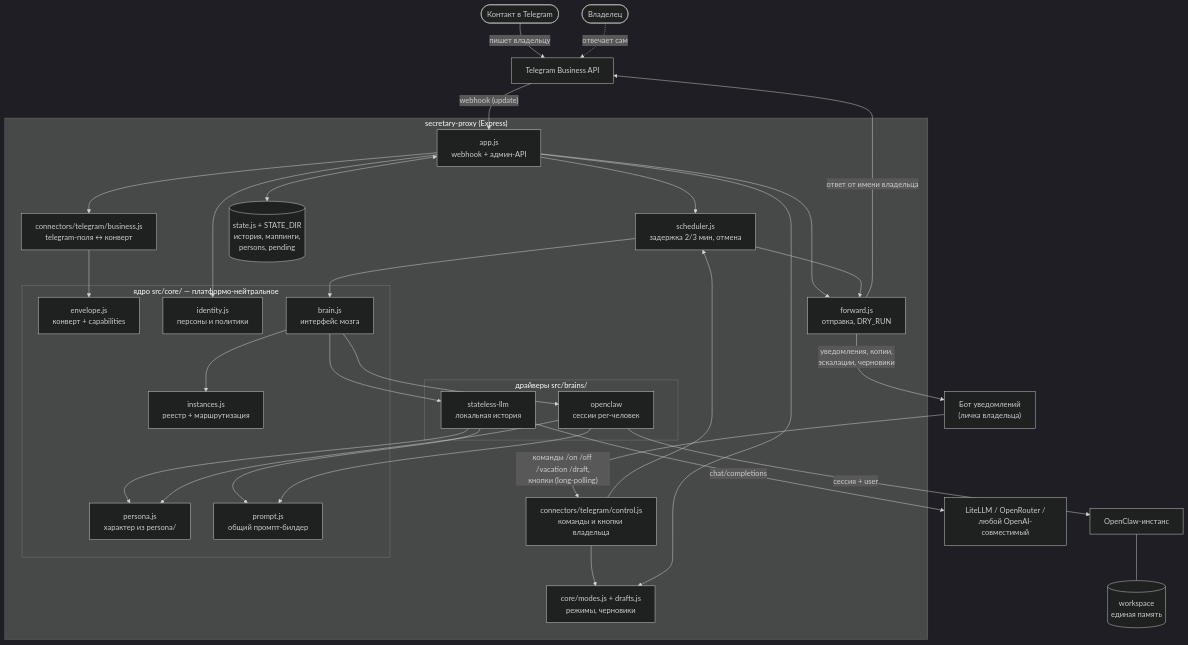
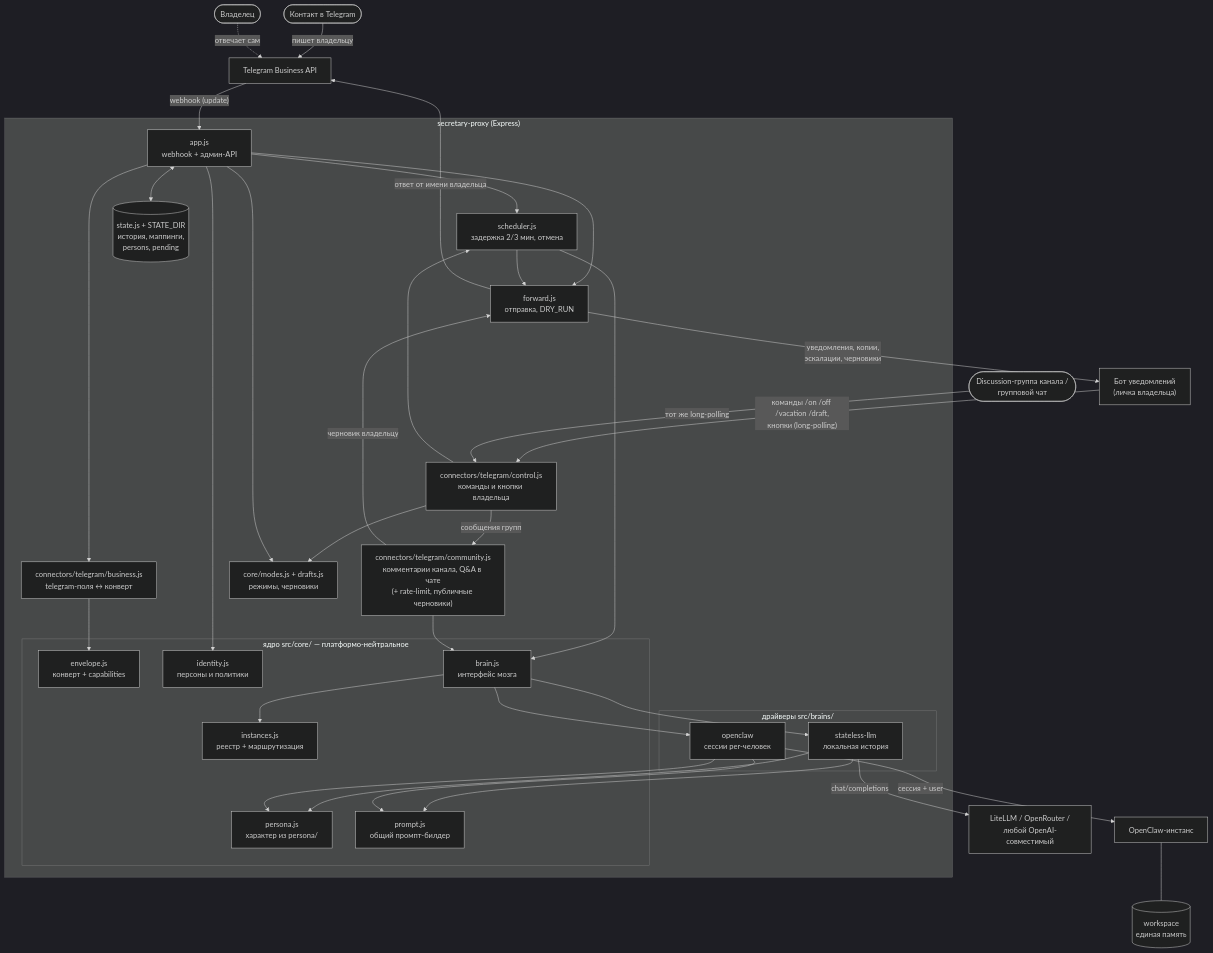
Before and after one commit to Rivega42/telegram-secretary: the first of 3 diagrams in docs/architecture.md, drawn with Mermaid (dark theme). The commit also changed 11 other files, not shown here.

First line of the commit message:
feat: этап 3 (частично) — комментарии канала и Q&A в групповом чате

````diff
--- a/docs/architecture.md
+++ b/docs/architecture.md
@@ -19,50 +19,55 @@
 ```mermaid
 flowchart TB
     CLIENT(["Контакт в Telegram"]) -->|пишет владельцу| TGAPI["Telegram Business API"]
     OWNER(["Владелец"]) -.->|отвечает сам| TGAPI
     TGAPI -->|"webhook (update)"| APP
 
     subgraph PROXY["secretary-proxy (Express)"]
         APP["app.js<br>webhook + админ-API"]
         CONN["connectors/telegram/business.js<br>telegram-поля ↔ конверт"]
         SCHED["scheduler.js<br>задержка 2/3 мин, отмена"]
 
         subgraph CORE["ядро src/core/ — платформо-нейтральное"]
             ENV["envelope.js<br>конверт + capabilities"]
             IDENT["identity.js<br>персоны и политики"]
             PERS["persona.js<br>характер из persona/"]
             BRAIN["brain.js<br>интерфейс мозга"]
             INST["instances.js<br>реестр + маршрутизация"]
             PROMPT["prompt.js<br>общий промпт-билдер"]
         end
 
         subgraph BRAINS["драйверы src/brains/"]
             SLLM["stateless-llm<br>локальная история"]
             OCLAW["openclaw<br>сессии per-человек"]
         end
 
         CTRL["connectors/telegram/control.js<br>команды и кнопки владельца"]
+        COMM["connectors/telegram/community.js<br>комментарии канала, Q&A в чате<br>(+ rate-limit, публичные черновики)"]
         MODES["core/modes.js + drafts.js<br>режимы, черновики"]
         FWD["forward.js<br>отправка, DRY_RUN"]
         STATE[("state.js + STATE_DIR<br>история, маппинги,<br>persons, pending")]
     end
 
     APP --> CONN --> ENV
     APP --> IDENT
     APP --> SCHED --> BRAIN
     BRAIN --> INST
     BRAIN --> SLLM & OCLAW
     SLLM & OCLAW --> PROMPT & PERS
     SLLM -->|"chat/completions"| LLM["LiteLLM / OpenRouter /<br>любой OpenAI-совместимый"]
     OCLAW -->|"сессия + user"| OC["OpenClaw-инстанс"]
     OC --- WS[("workspace<br>единая память")]
     APP --> FWD
     SCHED --> FWD
     FWD -->|"ответ от имени владельца"| TGAPI
     FWD -->|"уведомления, копии,<br>эскалации, черновики"| NOTIFY["Бот уведомлений<br>(личка владельца)"]
     NOTIFY -->|"команды /on /off /vacation /draft,<br>кнопки (long-polling)"| CTRL
+    GROUP(["Discussion-группа канала /<br>групповой чат"]) -->|"тот же long-polling"| CTRL
+    CTRL -->|"сообщения групп"| COMM
+    COMM --> BRAIN
+    COMM -->|"черновик владельцу"| FWD
     CTRL --> MODES
     CTRL --> SCHED
     APP --> MODES
     APP <--> STATE
 ```
````
